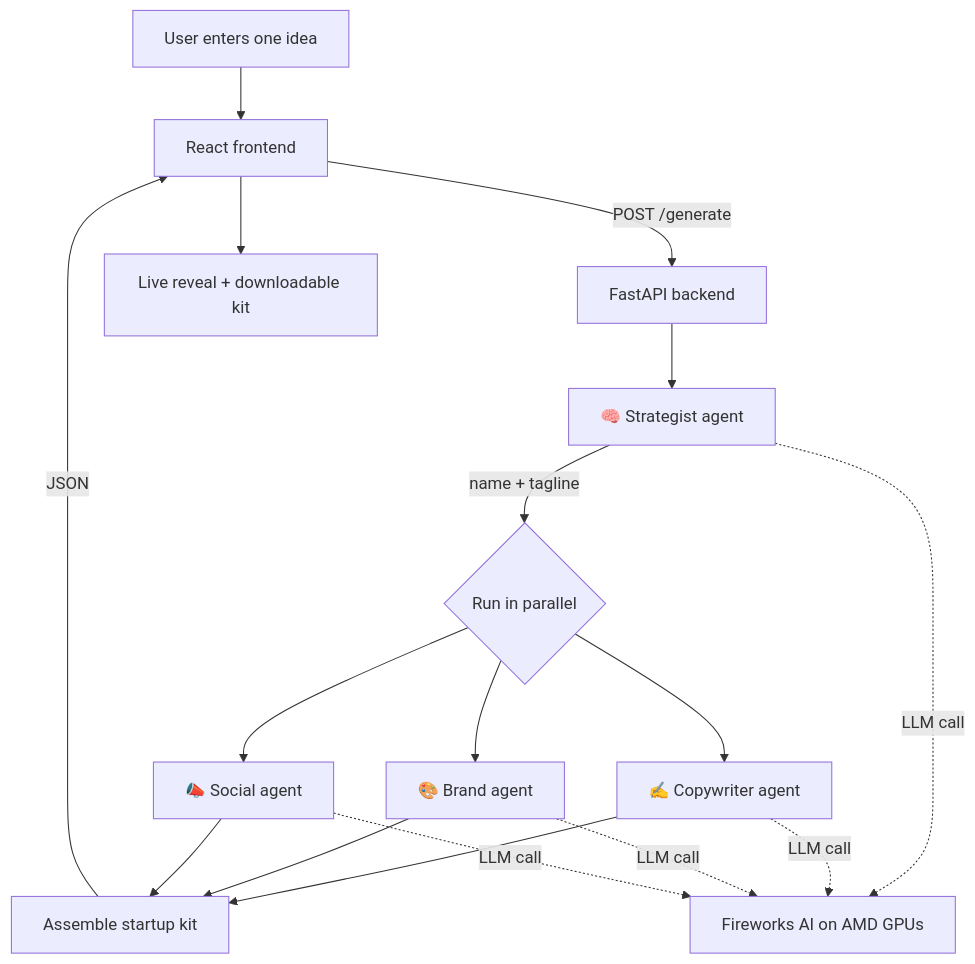
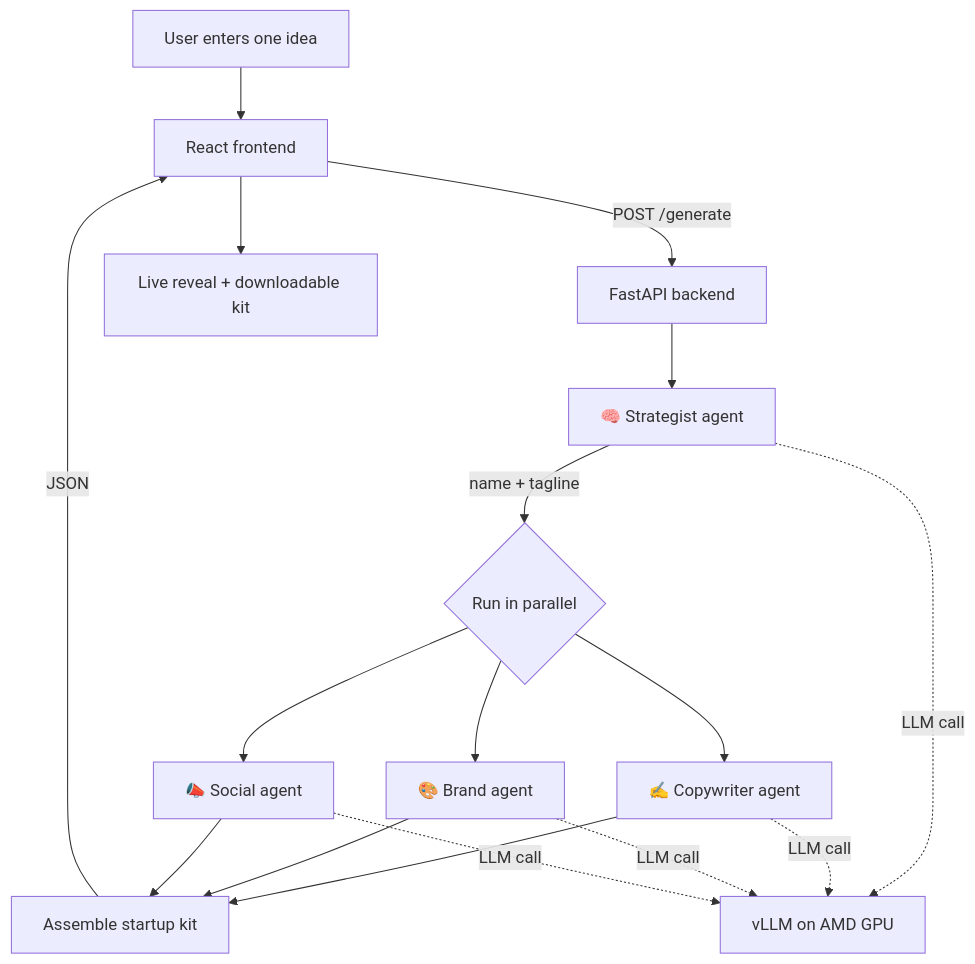
Before and after one commit to JeyanthBalaji/ai-launchpad: the diagram in README.md, drawn with Mermaid. The commit also changed other lines of this file and 1 other file, not shown here.

Commit message:
Docs: document verified AMD Developer Cloud run (Qwen2.5-7B via vLLM)

````diff
--- a/README.md
+++ b/README.md
@@ -33,20 +34,20 @@
 ```mermaid
 flowchart TD
     U[User enters one idea] --> F[React frontend]
     F -->|POST /generate| B[FastAPI backend]
     B --> S[🧠 Strategist agent]
     S -->|name + tagline| P{Run in parallel}
     P --> C[✍️ Copywriter agent]
     P --> BR[🎨 Brand agent]
     P --> SO[📣 Social agent]
     C --> A[Assemble startup kit]
     BR --> A
     SO --> A
     A -->|JSON| F
     F --> R[Live reveal + downloadable kit]
 
-    S -.LLM call.-> FW[Fireworks AI on AMD GPUs]
+    S -.LLM call.-> FW[vLLM on AMD GPU]
     C -.LLM call.-> FW
     BR -.LLM call.-> FW
     SO -.LLM call.-> FW
 ```
````
